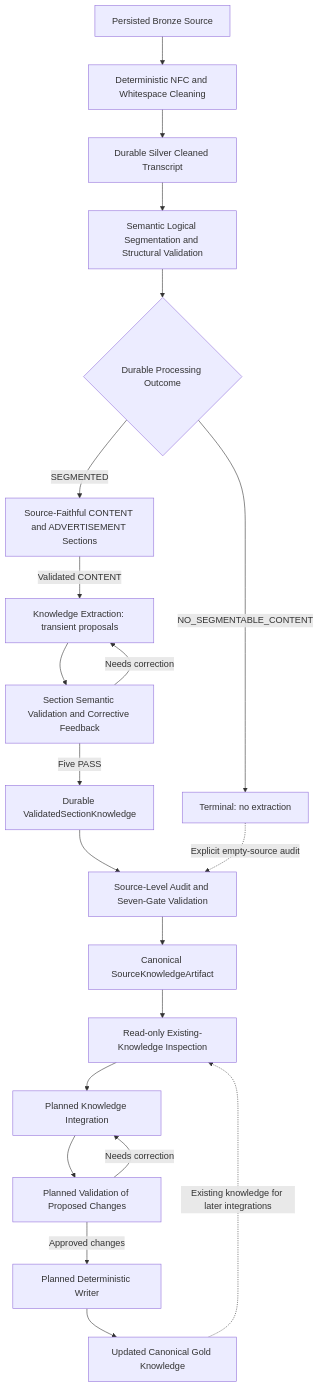
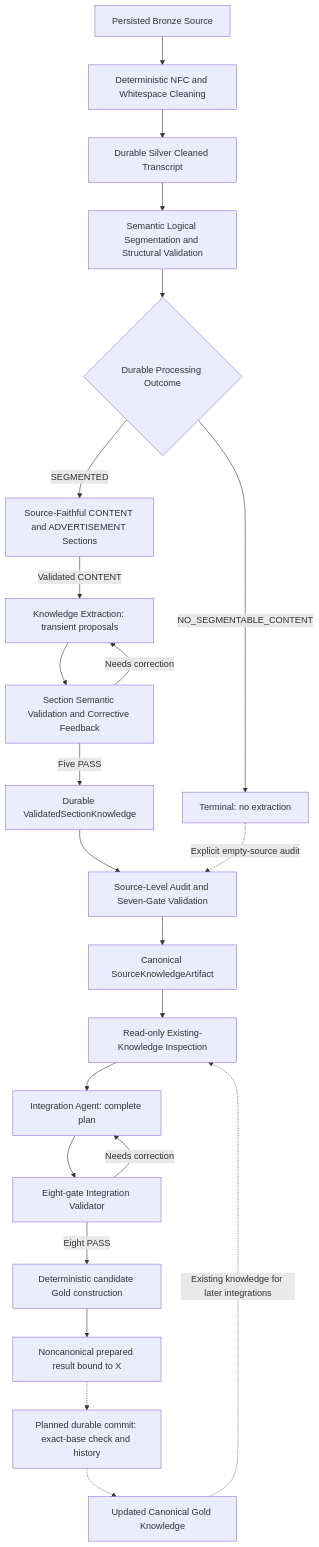
One commit to alexander-rewitzer/league-knowledge-platform changed the second of 8 diagrams in docs/architecture.md. Above: the diagram before and after it, drawn with Mermaid. The commit also changed other lines of this file and 18 other files, not shown here.

Commit message:
Prepare and validate adaptive Gold integration

````diff
--- a/docs/architecture.md
+++ b/docs/architecture.md
@@ -78,23 +78,25 @@
 ```mermaid
 flowchart TD
     S["Persisted Bronze Source"] --> B["Deterministic NFC and Whitespace Cleaning"]
     B --> SC["Durable Silver Cleaned Transcript"]
     SC --> LS["Semantic Logical Segmentation and Structural Validation"]
     LS --> SR{"Durable Processing Outcome"}
     SR -- SEGMENTED --> SS["Source-Faithful CONTENT and ADVERTISEMENT Sections"]
     SR -- NO_SEGMENTABLE_CONTENT --> NS["Terminal: no extraction"]
     SS -- "Validated CONTENT" --> E["Knowledge Extraction: transient proposals"]
     E --> V["Section Semantic Validation and Corrective Feedback"]
     V -- "Needs correction" --> E
     V -- "Five PASS" --> CP["Durable ValidatedSectionKnowledge"]
     CP --> AU["Source-Level Audit and Seven-Gate Validation"]
     AU --> SK["Canonical SourceKnowledgeArtifact"]
     NS -. "Explicit empty-source audit" .-> AU
     SK --> K["Read-only Existing-Knowledge Inspection"]
-    K --> I["Planned Knowledge Integration"]
-    I --> A["Planned Validation of Proposed Changes"]
+    K --> I["Integration Agent: complete plan"]
+    I --> A["Eight-gate Integration Validator"]
     A -- "Needs correction" --> I
-    A -- "Approved changes" --> W["Planned Deterministic Writer"]
-    W --> G["Updated Canonical Gold Knowledge"]
+    A -- "Eight PASS" --> W["Deterministic candidate Gold construction"]
+    W --> P["Noncanonical prepared result bound to X"]
+    P -.-> C["Planned durable commit: exact-base check and history"]
+    C -.-> G["Updated Canonical Gold Knowledge"]
     G -. "Existing knowledge for later integrations" .-> K
 ```
````
